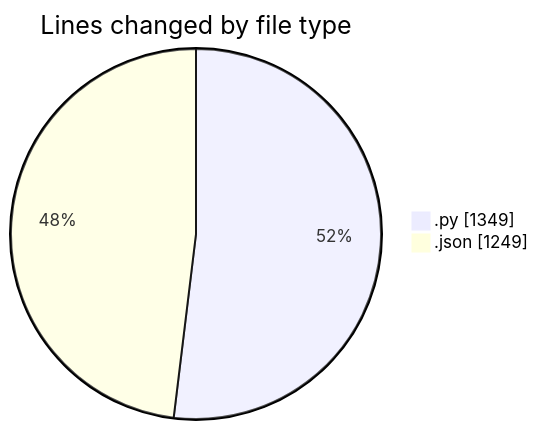
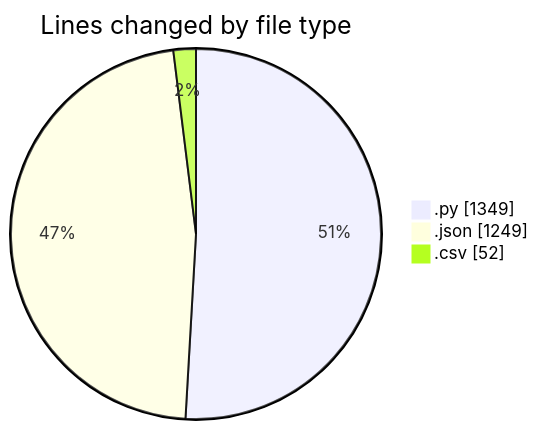
One commit to EIIisD/code-tracking changed the first of 2 diagrams in 2025-07-28/refunds/README.md. Above: the diagram before and after it, drawn with Mermaid. The commit also changed other lines of this file and 1 other file, not shown here.

````diff
--- a/2025-07-28/refunds/README.md
+++ b/2025-07-28/refunds/README.md
@@ -22,6 +23,7 @@
 ```mermaid
 pie showData
 title Lines changed by file type
 ".py" : 1349
 ".json" : 1249
+".csv" : 52
 ```
````
